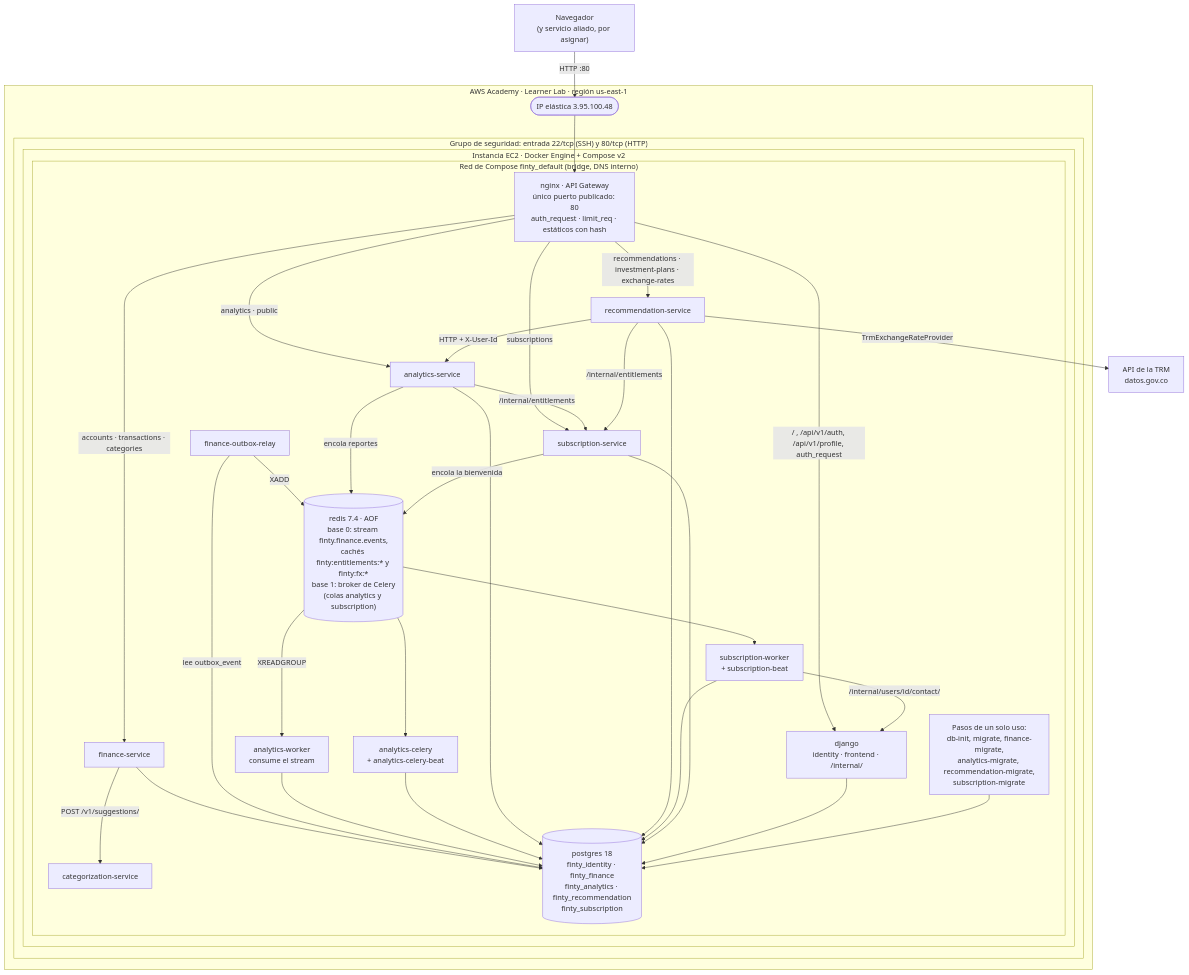
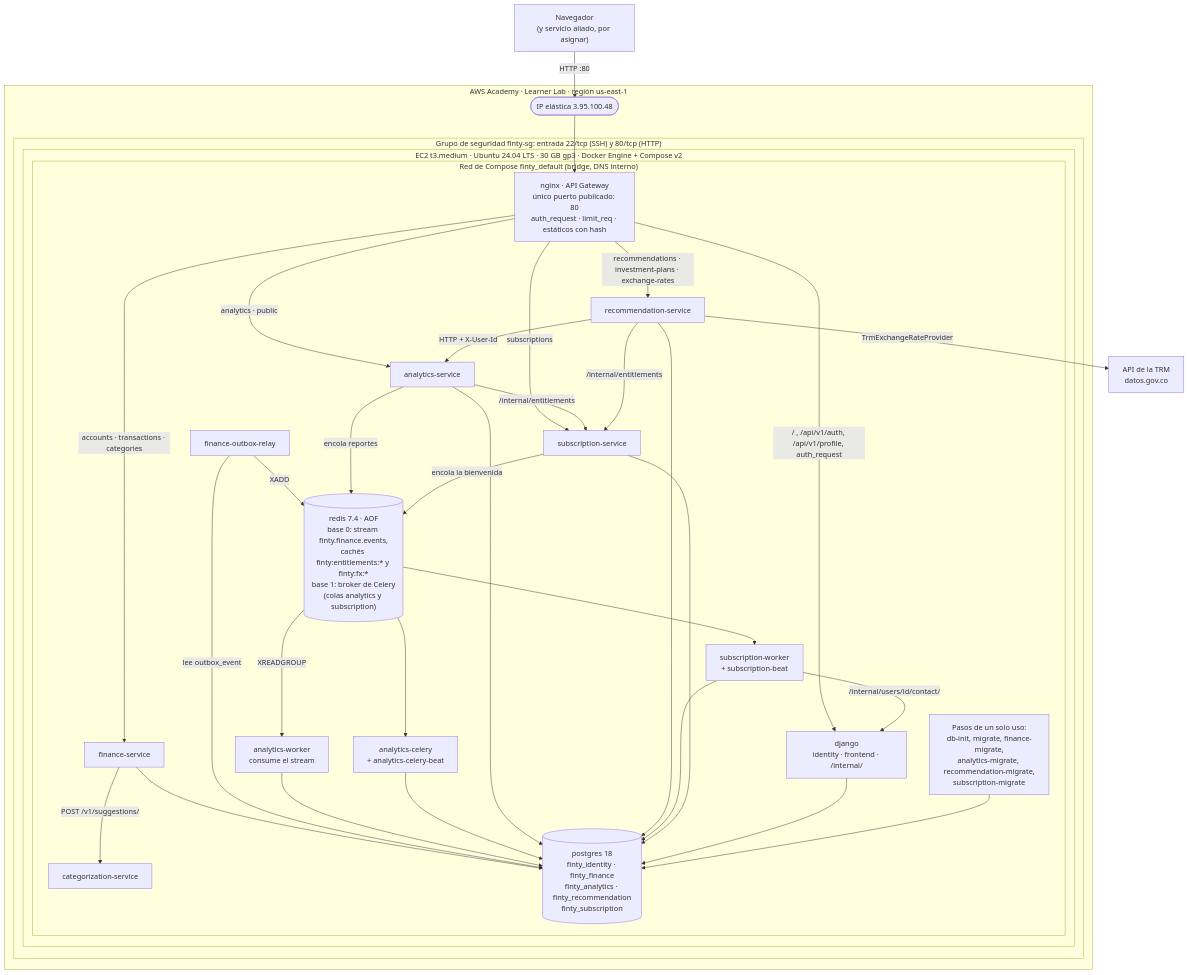
The fourth of 17 diagrams in docs/ARCHITECTURE.md (tsepulvedf/Finty), drawn with Mermaid before and after one commit. The commit also changed other lines of this file and 3 other files, not shown here.

````diff
--- a/docs/ARCHITECTURE.md
+++ b/docs/ARCHITECTURE.md
@@ -1394,58 +1396,58 @@
 ```mermaid
 flowchart TB
     U["Navegador<br/>(y servicio aliado, por asignar)"]
 
     subgraph AWS["AWS Academy · Learner Lab · región us-east-1"]
         EIP(["IP elástica 3.95.100.48"])
-        subgraph SG["Grupo de seguridad: entrada 22/tcp (SSH) y 80/tcp (HTTP)"]
-            subgraph EC2["Instancia EC2 · Docker Engine + Compose v2"]
+        subgraph SG["Grupo de seguridad finty-sg: entrada 22/tcp (SSH) y 80/tcp (HTTP)"]
+            subgraph EC2["EC2 t3.medium · Ubuntu 24.04 LTS · 30 GB gp3 · Docker Engine + Compose v2"]
                 subgraph NET["Red de Compose finty_default (bridge, DNS interno)"]
                     NGX["nginx · API Gateway<br/>único puerto publicado: 80<br/>auth_request · limit_req · estáticos con hash"]
                     DJ["django<br/>identity · frontend · /internal/"]
                     FIN["finance-service"]
                     REL["finance-outbox-relay"]
                     CAT["categorization-service"]
                     ANA["analytics-service"]
                     ANW["analytics-worker<br/>consume el stream"]
                     ACW["analytics-celery<br/>+ analytics-celery-beat"]
                     REC["recommendation-service"]
                     SUB["subscription-service"]
                     SCW["subscription-worker<br/>+ subscription-beat"]
                     RDS[("redis 7.4 · AOF<br/>base 0: stream finty.finance.events,<br/>cachés finty:entitlements:* y finty:fx:*<br/>base 1: broker de Celery<br/>(colas analytics y subscription)")]
                     PG[("postgres 18<br/>finty_identity · finty_finance<br/>finty_analytics · finty_recommendation<br/>finty_subscription")]
                     ONE["Pasos de un solo uso:<br/>db-init, migrate, finance-migrate,<br/>analytics-migrate, recommendation-migrate,<br/>subscription-migrate"]
                 end
             end
         end
     end
     TRM["API de la TRM<br/>datos.gov.co"]
 
     U -->|"HTTP :80"| EIP --> NGX
     NGX -->|"/ , /api/v1/auth, /api/v1/profile, auth_request"| DJ
     NGX -->|"accounts · transactions · categories"| FIN
     NGX -->|"analytics · public"| ANA
     NGX -->|"recommendations · investment-plans · exchange-rates"| REC
     NGX -->|subscriptions| SUB
     FIN -->|"POST /v1/suggestions/"| CAT
     FIN --> PG
     REL -->|"lee outbox_event"| PG
     REL -->|XADD| RDS
     RDS -->|XREADGROUP| ANW
     ANW --> PG
     ANA -->|"encola reportes"| RDS
     RDS --> ACW
     ACW --> PG
     ANA --> PG
     ANA -->|"/internal/entitlements"| SUB
     REC -->|"/internal/entitlements"| SUB
     REC -->|"HTTP + X-User-Id"| ANA
     REC --> PG
     REC -->|"TrmExchangeRateProvider"| TRM
     SUB -->|"encola la bienvenida"| RDS
     RDS --> SCW
     SCW -->|"/internal/users/id/contact/"| DJ
     SCW --> PG
     SUB --> PG
     DJ --> PG
     ONE --> PG
 ```
````
